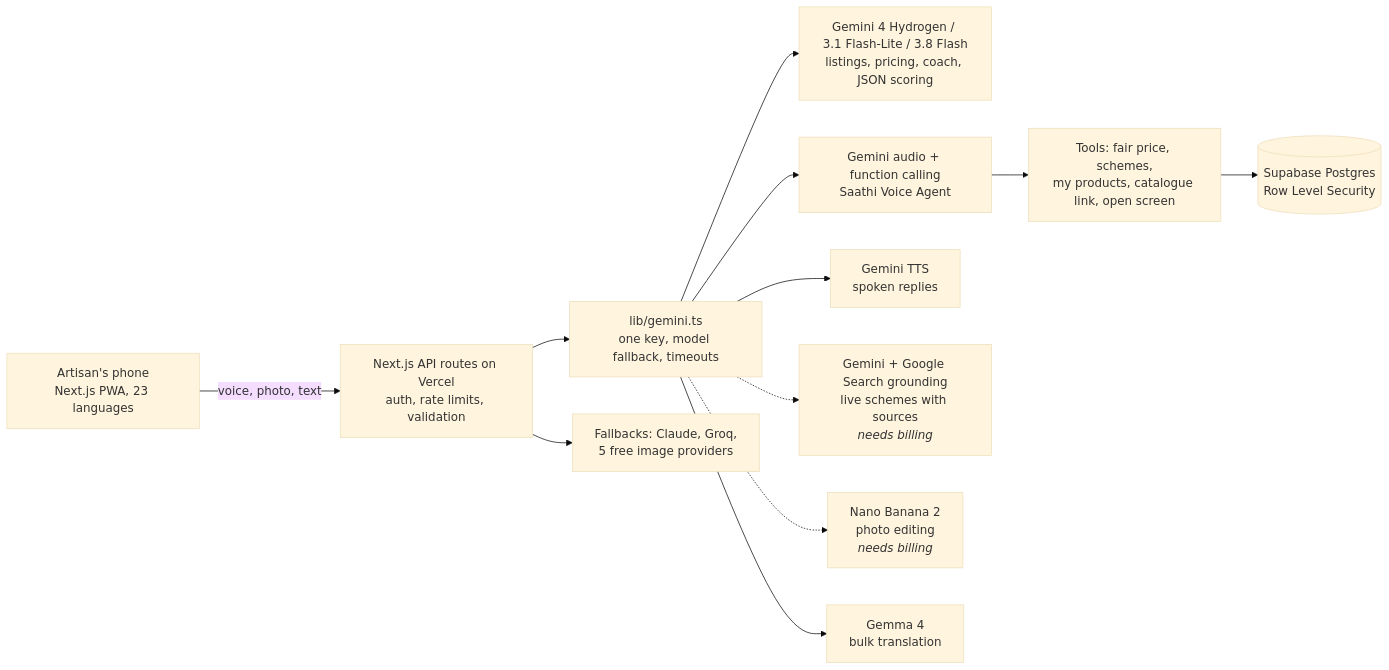
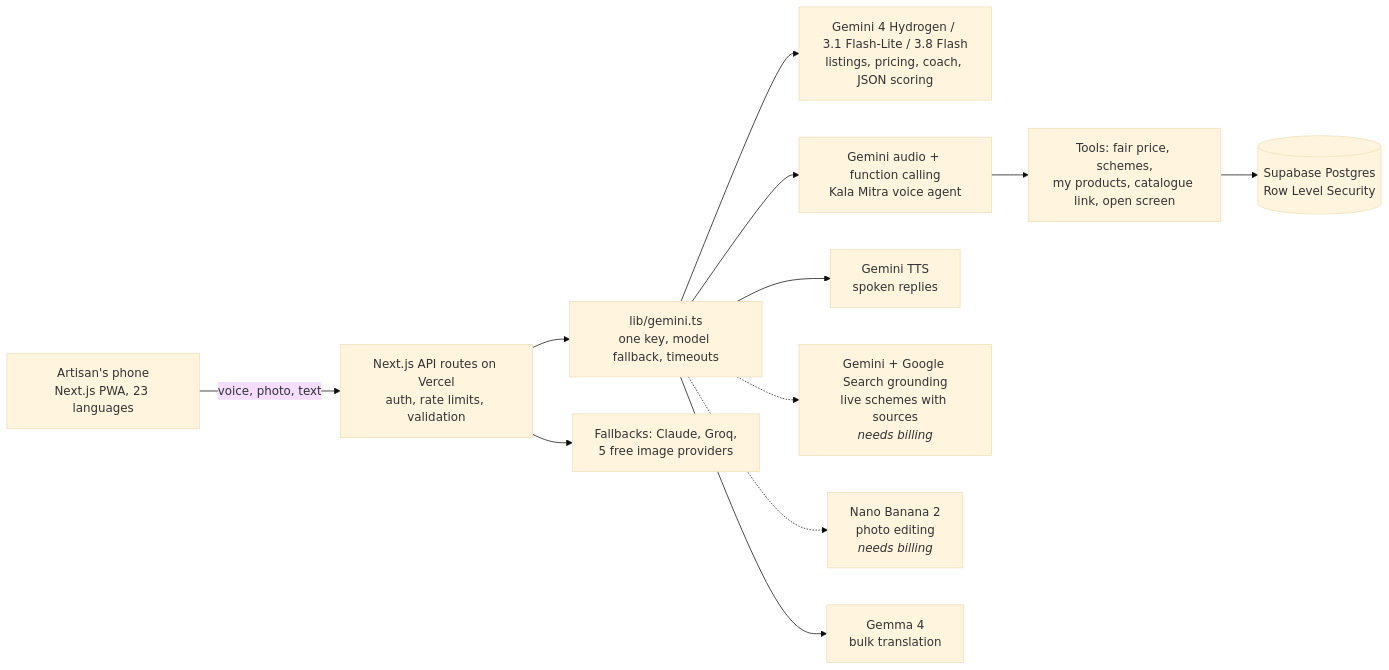
The diagram in README.md (saikrishnagopalveluri/Kalasetu), drawn with Mermaid (base theme) before and after one commit. The commit also changed other lines of this file and 18 other files, not shown here.

Commit message:
feat(voice): rename the voice assistant to Kala Mitra, explain the full price breakdown, fix the online price, accessibility fixes (skip link, tag contrast)

````diff
--- a/README.md
+++ b/README.md
@@ -18,14 +18,14 @@
 ```mermaid
 flowchart LR
   A[Artisan's phone<br/>Next.js PWA, 23 languages] -->|voice, photo, text| API[Next.js API routes on Vercel<br/>auth, rate limits, validation]
   API --> G[lib/gemini.ts<br/>one key, model fallback, timeouts]
   G --> GT[Gemini 4 Hydrogen / 3.1 Flash-Lite / 3.8 Flash<br/>listings, pricing, coach, JSON scoring]
-  G --> GA[Gemini audio + function calling<br/>Saathi Voice Agent]
+  G --> GA[Gemini audio + function calling<br/>Kala Mitra voice agent]
   G --> GS[Gemini TTS<br/>spoken replies]
   G -.-> GG[Gemini + Google Search grounding<br/>live schemes with sources<br/><i>needs billing</i>]
   G -.-> NB[Nano Banana 2<br/>photo editing<br/><i>needs billing</i>]
   G --> GM[Gemma 4<br/>bulk translation]
   GA --> T[Tools: fair price, schemes,<br/>my products, catalogue link, open screen]
   T --> DB[(Supabase Postgres<br/>Row Level Security)]
   API --> FB[Fallbacks: Claude, Groq,<br/>5 free image providers]
 ```
````
